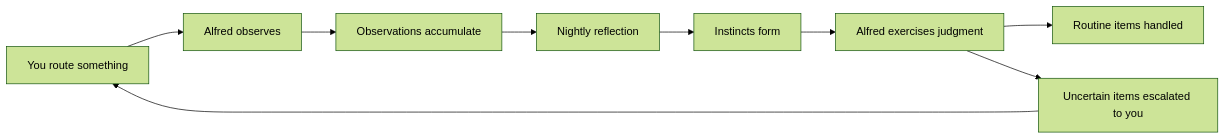
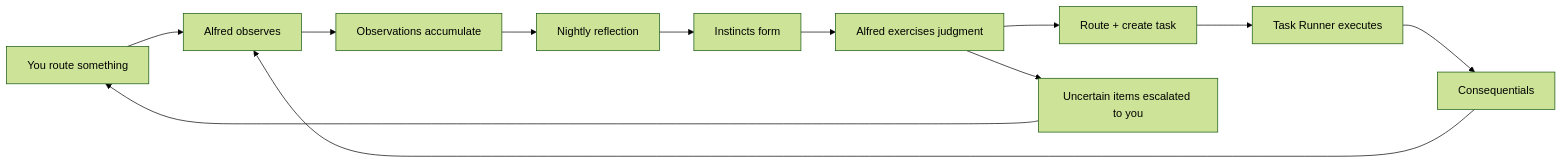
Before and after one commit to ssdavidai/alfred-documentation: the diagram in guides/intuition.mdx, drawn with Mermaid (forest theme). The commit also changed other lines of this file and 5 other files, not shown here.

````diff
--- a/guides/intuition.mdx
+++ b/guides/intuition.mdx
@@ -17,11 +17,14 @@
 ```mermaid
 graph LR
     A[You route something] --> B[Alfred observes]
     B --> C[Observations accumulate]
     C --> D[Nightly reflection]
     D --> E[Instincts form]
     E --> F[Alfred exercises judgment]
-    F --> G[Routine items handled]
+    F --> G[Route + create task]
     F --> H[Uncertain items escalated to you]
+    G --> I[Task Runner executes]
+    I --> J[Consequentials]
+    J --> B
     H --> A
 ```
````
